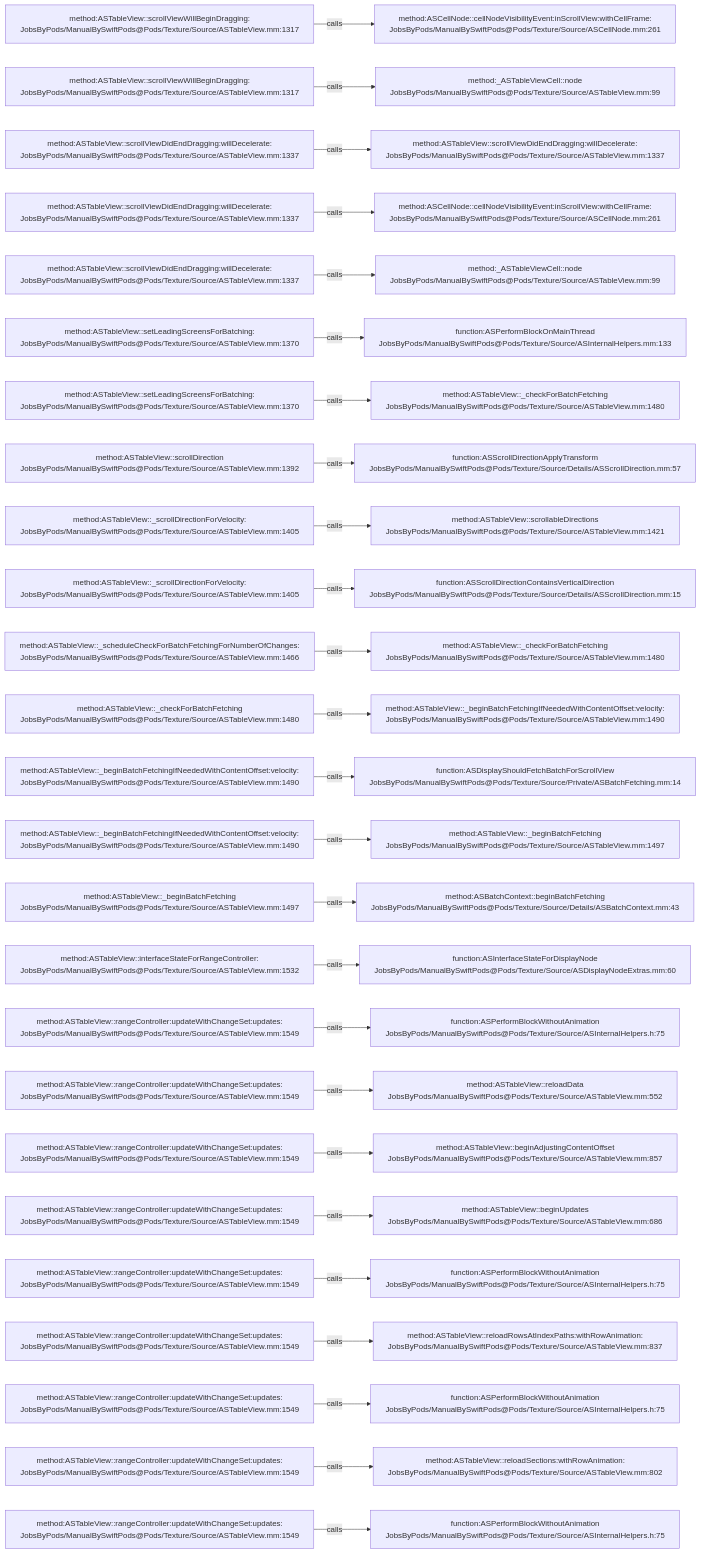
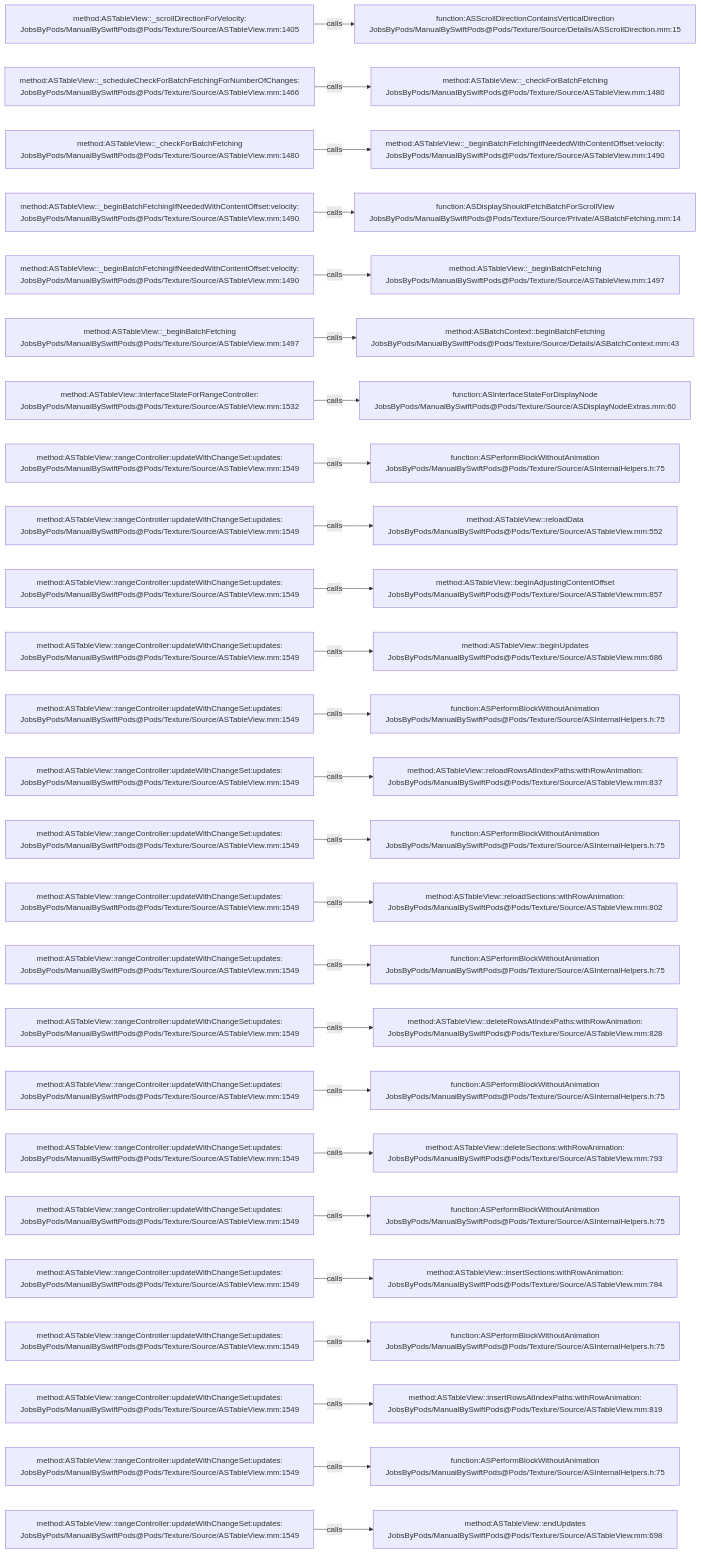
The diagram in .codegraph/codegraph.md/graphs/calls-062.md (JobsKits/JobsSwiftBaseConfigDemo), drawn with Mermaid before and after one commit. The commit also changed 707 other files, not shown here.

````diff
--- a/.codegraph/codegraph.md/graphs/calls-062.md
+++ b/.codegraph/codegraph.md/graphs/calls-062.md
@@ -13,78 +13,78 @@
 ```mermaid
 flowchart LR
-  S1["method:ASTableView::scrollViewWillBeginDragging:<br/>JobsByPods/ManualBySwiftPods@Pods/Texture/Source/ASTableView.mm:1317"]
-  T1["method:ASCellNode::cellNodeVisibilityEvent:inScrollView:withCellFrame:<br/>JobsByPods/ManualBySwiftPods@Pods/Texture/Source/ASCellNode.mm:261"]
+  S1["method:ASTableView::_scrollDirectionForVelocity:<br/>JobsByPods/ManualBySwiftPods@Pods/Texture/Source/ASTableView.mm:1405"]
+  T1["function:ASScrollDirectionContainsVerticalDirection<br/>JobsByPods/ManualBySwiftPods@Pods/Texture/Source/Details/ASScrollDirection.mm:15"]
   S1 -->|calls| T1
-  S2["method:ASTableView::scrollViewWillBeginDragging:<br/>JobsByPods/ManualBySwiftPods@Pods/Texture/Source/ASTableView.mm:1317"]
-  T2["method:_ASTableViewCell::node<br/>JobsByPods/ManualBySwiftPods@Pods/Texture/Source/ASTableView.mm:99"]
+  S2["method:ASTableView::_scheduleCheckForBatchFetchingForNumberOfChanges:<br/>JobsByPods/ManualBySwiftPods@Pods/Texture/Source/ASTableView.mm:1466"]
+  T2["method:ASTableView::_checkForBatchFetching<br/>JobsByPods/ManualBySwiftPods@Pods/Texture/Source/ASTableView.mm:1480"]
   S2 -->|calls| T2
-  S3["method:ASTableView::scrollViewDidEndDragging:willDecelerate:<br/>JobsByPods/ManualBySwiftPods@Pods/Texture/Source/ASTableView.mm:1337"]
-  T3["method:ASTableView::scrollViewDidEndDragging:willDecelerate:<br/>JobsByPods/ManualBySwiftPods@Pods/Texture/Source/ASTableView.mm:1337"]
+  S3["method:ASTableView::_checkForBatchFetching<br/>JobsByPods/ManualBySwiftPods@Pods/Texture/Source/ASTableView.mm:1480"]
+  T3["method:ASTableView::_beginBatchFetchingIfNeededWithContentOffset:velocity:<br/>JobsByPods/ManualBySwiftPods@Pods/Texture/Source/ASTableView.mm:1490"]
   S3 -->|calls| T3
-  S4["method:ASTableView::scrollViewDidEndDragging:willDecelerate:<br/>JobsByPods/ManualBySwiftPods@Pods/Texture/Source/ASTableView.mm:1337"]
-  T4["method:ASCellNode::cellNodeVisibilityEvent:inScrollView:withCellFrame:<br/>JobsByPods/ManualBySwiftPods@Pods/Texture/Source/ASCellNode.mm:261"]
+  S4["method:ASTableView::_beginBatchFetchingIfNeededWithContentOffset:velocity:<br/>JobsByPods/ManualBySwiftPods@Pods/Texture/Source/ASTableView.mm:1490"]
+  T4["function:ASDisplayShouldFetchBatchForScrollView<br/>JobsByPods/ManualBySwiftPods@Pods/Texture/Source/Private/ASBatchFetching.mm:14"]
   S4 -->|calls| T4
-  S5["method:ASTableView::scrollViewDidEndDragging:willDecelerate:<br/>JobsByPods/ManualBySwiftPods@Pods/Texture/Source/ASTableView.mm:1337"]
-  T5["method:_ASTableViewCell::node<br/>JobsByPods/ManualBySwiftPods@Pods/Texture/Source/ASTableView.mm:99"]
+  S5["method:ASTableView::_beginBatchFetchingIfNeededWithContentOffset:velocity:<br/>JobsByPods/ManualBySwiftPods@Pods/Texture/Source/ASTableView.mm:1490"]
+  T5["method:ASTableView::_beginBatchFetching<br/>JobsByPods/ManualBySwiftPods@Pods/Texture/Source/ASTableView.mm:1497"]
   S5 -->|calls| T5
-  S6["method:ASTableView::setLeadingScreensForBatching:<br/>JobsByPods/ManualBySwiftPods@Pods/Texture/Source/ASTableView.mm:1370"]
-  T6["function:ASPerformBlockOnMainThread<br/>JobsByPods/ManualBySwiftPods@Pods/Texture/Source/ASInternalHelpers.mm:133"]
+  S6["method:ASTableView::_beginBatchFetching<br/>JobsByPods/ManualBySwiftPods@Pods/Texture/Source/ASTableView.mm:1497"]
+  T6["method:ASBatchContext::beginBatchFetching<br/>JobsByPods/ManualBySwiftPods@Pods/Texture/Source/Details/ASBatchContext.mm:43"]
   S6 -->|calls| T6
-  S7["method:ASTableView::setLeadingScreensForBatching:<br/>JobsByPods/ManualBySwiftPods@Pods/Texture/Source/ASTableView.mm:1370"]
-  T7["method:ASTableView::_checkForBatchFetching<br/>JobsByPods/ManualBySwiftPods@Pods/Texture/Source/ASTableView.mm:1480"]
+  S7["method:ASTableView::interfaceStateForRangeController:<br/>JobsByPods/ManualBySwiftPods@Pods/Texture/Source/ASTableView.mm:1532"]
+  T7["function:ASInterfaceStateForDisplayNode<br/>JobsByPods/ManualBySwiftPods@Pods/Texture/Source/ASDisplayNodeExtras.mm:60"]
   S7 -->|calls| T7
-  S8["method:ASTableView::scrollDirection<br/>JobsByPods/ManualBySwiftPods@Pods/Texture/Source/ASTableView.mm:1392"]
-  T8["function:ASScrollDirectionApplyTransform<br/>JobsByPods/ManualBySwiftPods@Pods/Texture/Source/Details/ASScrollDirection.mm:57"]
+  S8["method:ASTableView::rangeController:updateWithChangeSet:updates:<br/>JobsByPods/ManualBySwiftPods@Pods/Texture/Source/ASTableView.mm:1549"]
+  T8["function:ASPerformBlockWithoutAnimation<br/>JobsByPods/ManualBySwiftPods@Pods/Texture/Source/ASInternalHelpers.h:75"]
   S8 -->|calls| T8
-  S9["method:ASTableView::_scrollDirectionForVelocity:<br/>JobsByPods/ManualBySwiftPods@Pods/Texture/Source/ASTableView.mm:1405"]
-  T9["method:ASTableView::scrollableDirections<br/>JobsByPods/ManualBySwiftPods@Pods/Texture/Source/ASTableView.mm:1421"]
+  S9["method:ASTableView::rangeController:updateWithChangeSet:updates:<br/>JobsByPods/ManualBySwiftPods@Pods/Texture/Source/ASTableView.mm:1549"]
+  T9["method:ASTableView::reloadData<br/>JobsByPods/ManualBySwiftPods@Pods/Texture/Source/ASTableView.mm:552"]
   S9 -->|calls| T9
-  S10["method:ASTableView::_scrollDirectionForVelocity:<br/>JobsByPods/ManualBySwiftPods@Pods/Texture/Source/ASTableView.mm:1405"]
-  T10["function:ASScrollDirectionContainsVerticalDirection<br/>JobsByPods/ManualBySwiftPods@Pods/Texture/Source/Details/ASScrollDirection.mm:15"]
+  S10["method:ASTableView::rangeController:updateWithChangeSet:updates:<br/>JobsByPods/ManualBySwiftPods@Pods/Texture/Source/ASTableView.mm:1549"]
+  T10["method:ASTableView::beginAdjustingContentOffset<br/>JobsByPods/ManualBySwiftPods@Pods/Texture/Source/ASTableView.mm:857"]
   S10 -->|calls| T10
-  S11["method:ASTableView::_scheduleCheckForBatchFetchingForNumberOfChanges:<br/>JobsByPods/ManualBySwiftPods@Pods/Texture/Source/ASTableView.mm:1466"]
-  T11["method:ASTableView::_checkForBatchFetching<br/>JobsByPods/ManualBySwiftPods@Pods/Texture/Source/ASTableView.mm:1480"]
+  S11["method:ASTableView::rangeController:updateWithChangeSet:updates:<br/>JobsByPods/ManualBySwiftPods@Pods/Texture/Source/ASTableView.mm:1549"]
+  T11["method:ASTableView::beginUpdates<br/>JobsByPods/ManualBySwiftPods@Pods/Texture/Source/ASTableView.mm:686"]
   S11 -->|calls| T11
-  S12["method:ASTableView::_checkForBatchFetching<br/>JobsByPods/ManualBySwiftPods@Pods/Texture/Source/ASTableView.mm:1480"]
-  T12["method:ASTableView::_beginBatchFetchingIfNeededWithContentOffset:velocity:<br/>JobsByPods/ManualBySwiftPods@Pods/Texture/Source/ASTableView.mm:1490"]
+  S12["method:ASTableView::rangeController:updateWithChangeSet:updates:<br/>JobsByPods/ManualBySwiftPods@Pods/Texture/Source/ASTableView.mm:1549"]
+  T12["function:ASPerformBlockWithoutAnimation<br/>JobsByPods/ManualBySwiftPods@Pods/Texture/Source/ASInternalHelpers.h:75"]
   S12 -->|calls| T12
-  S13["method:ASTableView::_beginBatchFetchingIfNeededWithContentOffset:velocity:<br/>JobsByPods/ManualBySwiftPods@Pods/Texture/Source/ASTableView.mm:1490"]
-  T13["function:ASDisplayShouldFetchBatchForScrollView<br/>JobsByPods/ManualBySwiftPods@Pods/Texture/Source/Private/ASBatchFetching.mm:14"]
+  S13["method:ASTableView::rangeController:updateWithChangeSet:updates:<br/>JobsByPods/ManualBySwiftPods@Pods/Texture/Source/ASTableView.mm:1549"]
+  T13["method:ASTableView::reloadRowsAtIndexPaths:withRowAnimation:<br/>JobsByPods/ManualBySwiftPods@Pods/Texture/Source/ASTableView.mm:837"]
   S13 -->|calls| T13
-  S14["method:ASTableView::_beginBatchFetchingIfNeededWithContentOffset:velocity:<br/>JobsByPods/ManualBySwiftPods@Pods/Texture/Source/ASTableView.mm:1490"]
-  T14["method:ASTableView::_beginBatchFetching<br/>JobsByPods/ManualBySwiftPods@Pods/Texture/Source/ASTableView.mm:1497"]
+  S14["method:ASTableView::rangeController:updateWithChangeSet:updates:<br/>JobsByPods/ManualBySwiftPods@Pods/Texture/Source/ASTableView.mm:1549"]
+  T14["function:ASPerformBlockWithoutAnimation<br/>JobsByPods/ManualBySwiftPods@Pods/Texture/Source/ASInternalHelpers.h:75"]
   S14 -->|calls| T14
-  S15["method:ASTableView::_beginBatchFetching<br/>JobsByPods/ManualBySwiftPods@Pods/Texture/Source/ASTableView.mm:1497"]
-  T15["method:ASBatchContext::beginBatchFetching<br/>JobsByPods/ManualBySwiftPods@Pods/Texture/Source/Details/ASBatchContext.mm:43"]
+  S15["method:ASTableView::rangeController:updateWithChangeSet:updates:<br/>JobsByPods/ManualBySwiftPods@Pods/Texture/Source/ASTableView.mm:1549"]
+  T15["method:ASTableView::reloadSections:withRowAnimation:<br/>JobsByPods/ManualBySwiftPods@Pods/Texture/Source/ASTableView.mm:802"]
   S15 -->|calls| T15
-  S16["method:ASTableView::interfaceStateForRangeController:<br/>JobsByPods/ManualBySwiftPods@Pods/Texture/Source/ASTableView.mm:1532"]
-  T16["function:ASInterfaceStateForDisplayNode<br/>JobsByPods/ManualBySwiftPods@Pods/Texture/Source/ASDisplayNodeExtras.mm:60"]
+  S16["method:ASTableView::rangeController:updateWithChangeSet:updates:<br/>JobsByPods/ManualBySwiftPods@Pods/Texture/Source/ASTableView.mm:1549"]
+  T16["function:ASPerformBlockWithoutAnimation<br/>JobsByPods/ManualBySwiftPods@Pods/Texture/Source/ASInternalHelpers.h:75"]
   S16 -->|calls| T16
   S17["method:ASTableView::rangeController:updateWithChangeSet:updates:<br/>JobsByPods/ManualBySwiftPods@Pods/Texture/Source/ASTableView.mm:1549"]
-  T17["function:ASPerformBlockWithoutAnimation<br/>JobsByPods/ManualBySwiftPods@Pods/Texture/Source/ASInternalHelpers.h:75"]
+  T17["method:ASTableView::deleteRowsAtIndexPaths:withRowAnimation:<br/>JobsByPods/ManualBySwiftPods@Pods/Texture/Source/ASTableView.mm:828"]
   S17 -->|calls| T17
   S18["method:ASTableView::rangeController:updateWithChangeSet:updates:<br/>JobsByPods/ManualBySwiftPods@Pods/Texture/Source/ASTableView.mm:1549"]
-  T18["method:ASTableView::reloadData<br/>JobsByPods/ManualBySwiftPods@Pods/Texture/Source/ASTableView.mm:552"]
+  T18["function:ASPerformBlockWithoutAnimation<br/>JobsByPods/ManualBySwiftPods@Pods/Texture/Source/ASInternalHelpers.h:75"]
   S18 -->|calls| T18
   S19["method:ASTableView::rangeController:updateWithChangeSet:updates:<br/>JobsByPods/ManualBySwiftPods@Pods/Texture/Source/ASTableView.mm:1549"]
-  T19["method:ASTableView::beginAdjustingContentOffset<br/>JobsByPods/ManualBySwiftPods@Pods/Texture/Source/ASTableView.mm:857"]
+  T19["method:ASTableView::deleteSections:withRowAnimation:<br/>JobsByPods/ManualBySwiftPods@Pods/Texture/Source/ASTableView.mm:793"]
   S19 -->|calls| T19
   S20["method:ASTableView::rangeController:updateWithChangeSet:updates:<br/>JobsByPods/ManualBySwiftPods@Pods/Texture/Source/ASTableView.mm:1549"]
-  T20["method:ASTableView::beginUpdates<br/>JobsByPods/ManualBySwiftPods@Pods/Texture/Source/ASTableView.mm:686"]
+  T20["function:ASPerformBlockWithoutAnimation<br/>JobsByPods/ManualBySwiftPods@Pods/Texture/Source/ASInternalHelpers.h:75"]
   S20 -->|calls| T20
   S21["method:ASTableView::rangeController:updateWithChangeSet:updates:<br/>JobsByPods/ManualBySwiftPods@Pods/Texture/Source/ASTableView.mm:1549"]
-  T21["function:ASPerformBlockWithoutAnimation<br/>JobsByPods/ManualBySwiftPods@Pods/Texture/Source/ASInternalHelpers.h:75"]
+  T21["method:ASTableView::insertSections:withRowAnimation:<br/>JobsByPods/ManualBySwiftPods@Pods/Texture/Source/ASTableView.mm:784"]
   S21 -->|calls| T21
   S22["method:ASTableView::rangeController:updateWithChangeSet:updates:<br/>JobsByPods/ManualBySwiftPods@Pods/Texture/Source/ASTableView.mm:1549"]
-  T22["method:ASTableView::reloadRowsAtIndexPaths:withRowAnimation:<br/>JobsByPods/ManualBySwiftPods@Pods/Texture/Source/ASTableView.mm:837"]
+  T22["function:ASPerformBlockWithoutAnimation<br/>JobsByPods/ManualBySwiftPods@Pods/Texture/Source/ASInternalHelpers.h:75"]
   S22 -->|calls| T22
   S23["method:ASTableView::rangeController:updateWithChangeSet:updates:<br/>JobsByPods/ManualBySwiftPods@Pods/Texture/Source/ASTableView.mm:1549"]
-  T23["function:ASPerformBlockWithoutAnimation<br/>JobsByPods/ManualBySwiftPods@Pods/Texture/Source/ASInternalHelpers.h:75"]
+  T23["method:ASTableView::insertRowsAtIndexPaths:withRowAnimation:<br/>JobsByPods/ManualBySwiftPods@Pods/Texture/Source/ASTableView.mm:819"]
   S23 -->|calls| T23
   S24["method:ASTableView::rangeController:updateWithChangeSet:updates:<br/>JobsByPods/ManualBySwiftPods@Pods/Texture/Source/ASTableView.mm:1549"]
-  T24["method:ASTableView::reloadSections:withRowAnimation:<br/>JobsByPods/ManualBySwiftPods@Pods/Texture/Source/ASTableView.mm:802"]
+  T24["function:ASPerformBlockWithoutAnimation<br/>JobsByPods/ManualBySwiftPods@Pods/Texture/Source/ASInternalHelpers.h:75"]
   S24 -->|calls| T24
   S25["method:ASTableView::rangeController:updateWithChangeSet:updates:<br/>JobsByPods/ManualBySwiftPods@Pods/Texture/Source/ASTableView.mm:1549"]
-  T25["function:ASPerformBlockWithoutAnimation<br/>JobsByPods/ManualBySwiftPods@Pods/Texture/Source/ASInternalHelpers.h:75"]
+  T25["method:ASTableView::endUpdates<br/>JobsByPods/ManualBySwiftPods@Pods/Texture/Source/ASTableView.mm:698"]
   S25 -->|calls| T25
 ```
````
